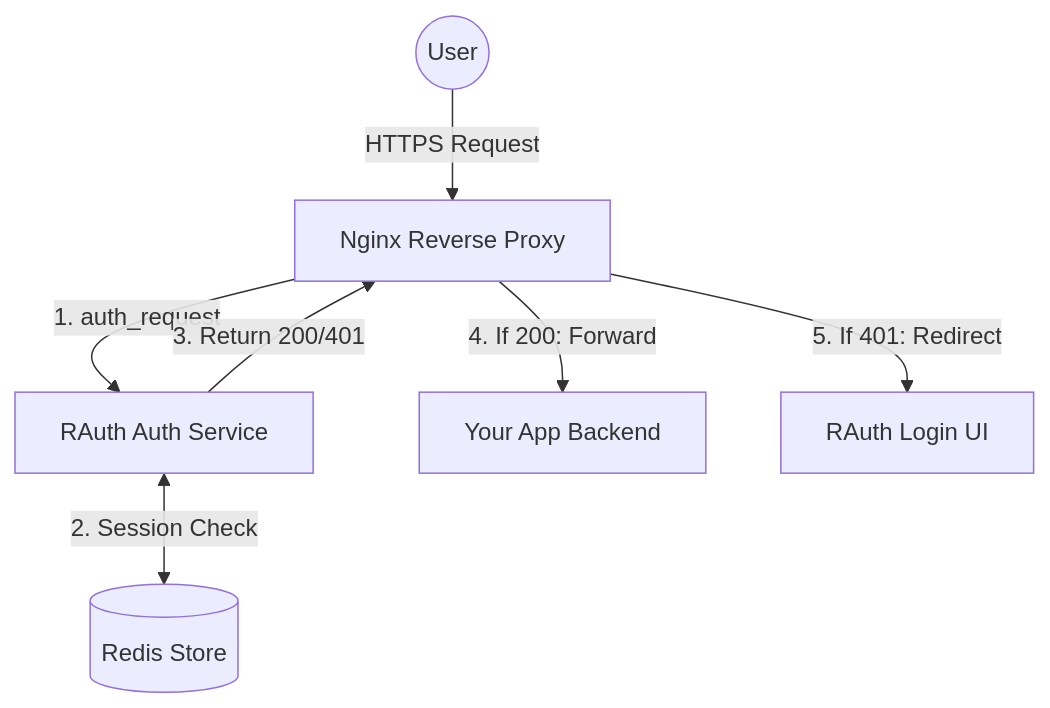
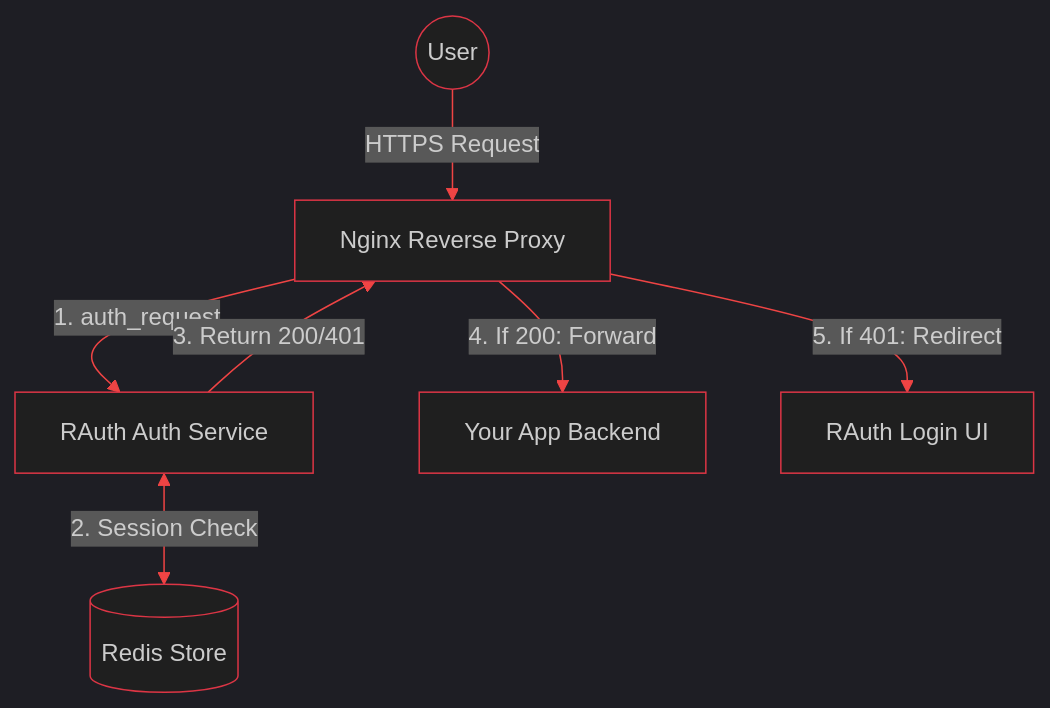
The diagram in README.md (arumes31/rauth), drawn with Mermaid before and after one commit. The commit also changed other lines of this file, not shown here.

Commit message:
docs: upgrade README layout with collapsible accordions and glowing architecture diagram

````diff
--- a/README.md
+++ b/README.md
@@ -116,9 +116,10 @@
 ```mermaid
+%%{init: {'theme': 'dark', 'themeVariables': { 'primaryColor': '#dc3545', 'primaryTextColor': '#fff', 'lineColor': '#ef4444', 'nodeBorder': '#dc3545', 'mainBkg': '#1f1f1f', 'actorBkg': '#1f1f1f' }}}%%
 graph TD
     User((User)) -->|HTTPS Request| Nginx[Nginx Reverse Proxy]
     Nginx -->|1. auth_request| RAuth[RAuth Auth Service]
     RAuth <-->|2. Session Check| Redis[(Redis Store)]
     RAuth -->|3. Return 200/401| Nginx
     Nginx -->|4. If 200: Forward| Backend[Your App Backend]
     Nginx -->|5. If 401: Redirect| Login[RAuth Login UI]
 ```
````
